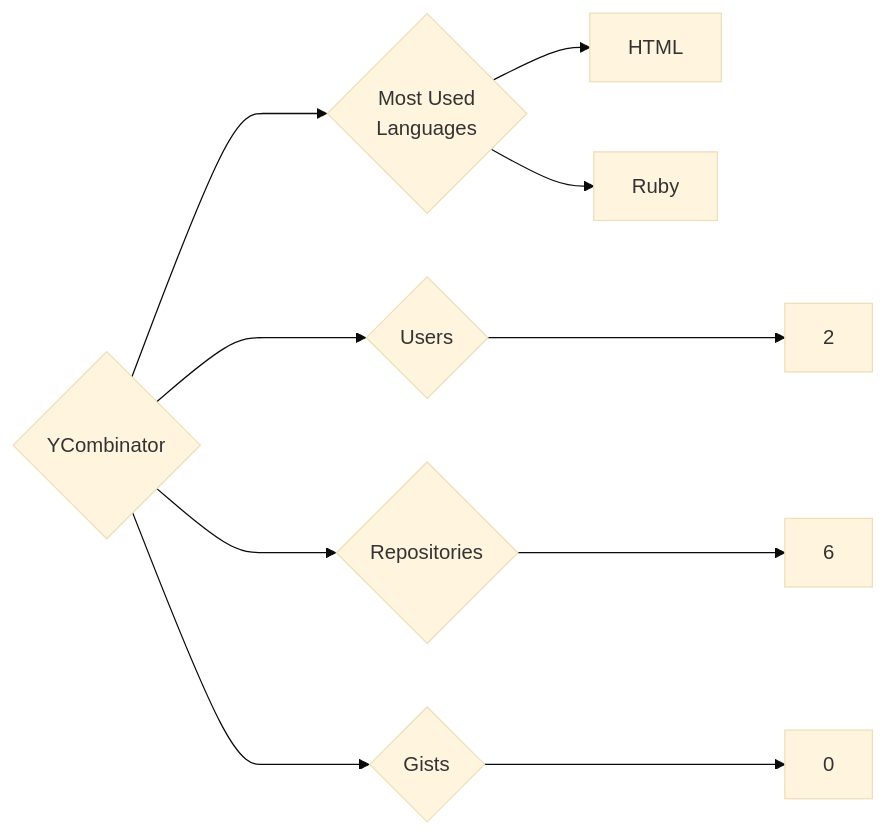
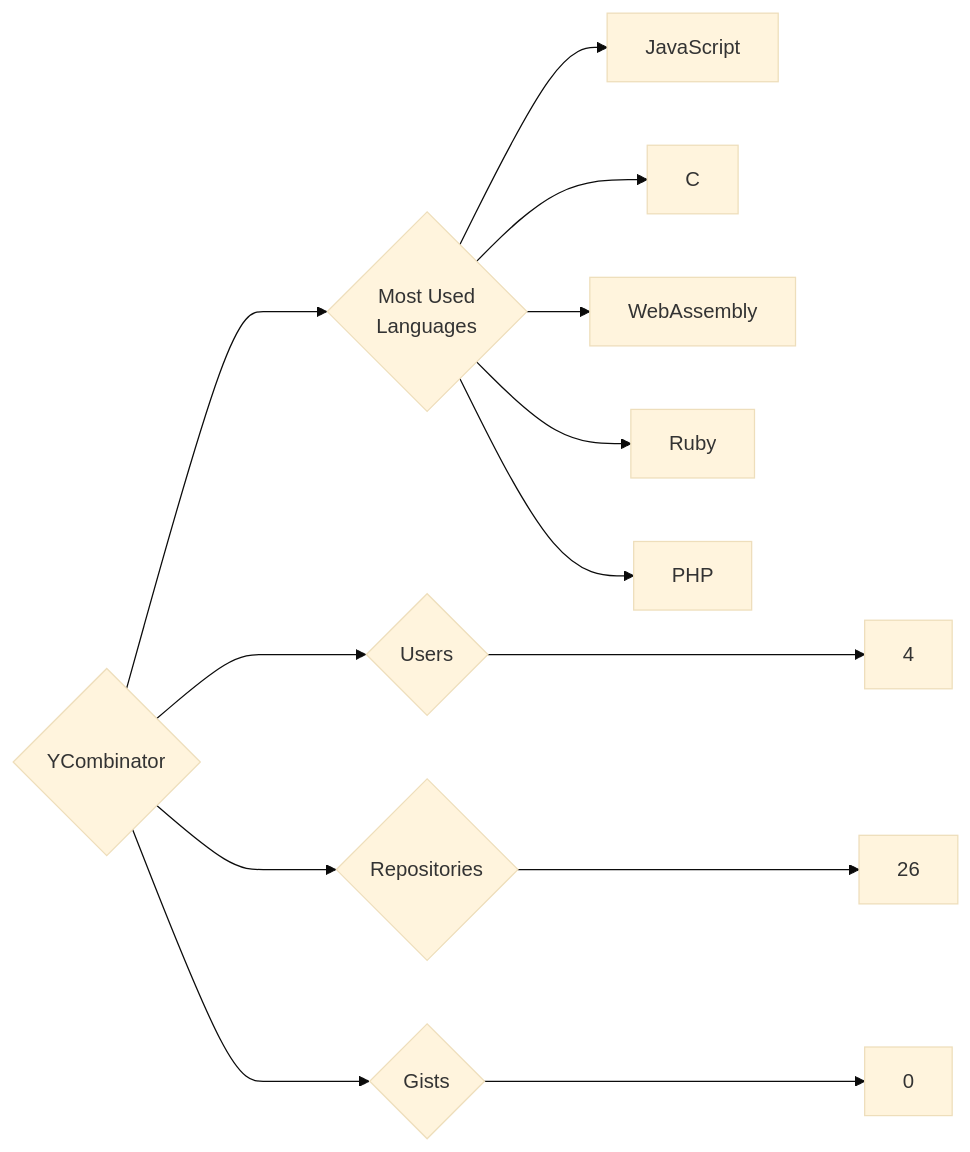
One commit to trickest/insiders changed the diagram in targets/YCombinator/README.md. Above: the diagram before and after it, drawn with Mermaid (base theme). The commit also changed 928 other files, not shown here.

````diff
--- a/targets/YCombinator/README.md
+++ b/targets/YCombinator/README.md
@@ -3,10 +3,13 @@
 ```mermaid
 graph LR
 COMPANY_NAME{YCombinator}
-COMPANY_NAME ---> U{Users} ---> UN[2]
-COMPANY_NAME ---> R{Repositories} ---> RN[6]
+COMPANY_NAME ---> U{Users} ---> UN[4]
+COMPANY_NAME ---> R{Repositories} ---> RN[26]
 COMPANY_NAME ---> G{Gists} ---> GN[0]
 COMPANY_NAME ---> ML{Most Used<br>Languages}
-ML --> HTML[HTML]
+ML --> JavaScript[JavaScript]
+ML --> C[C]
+ML --> WebAssembly[WebAssembly]
 ML --> Ruby[Ruby]
+ML --> PHP[PHP]
 ```
````
